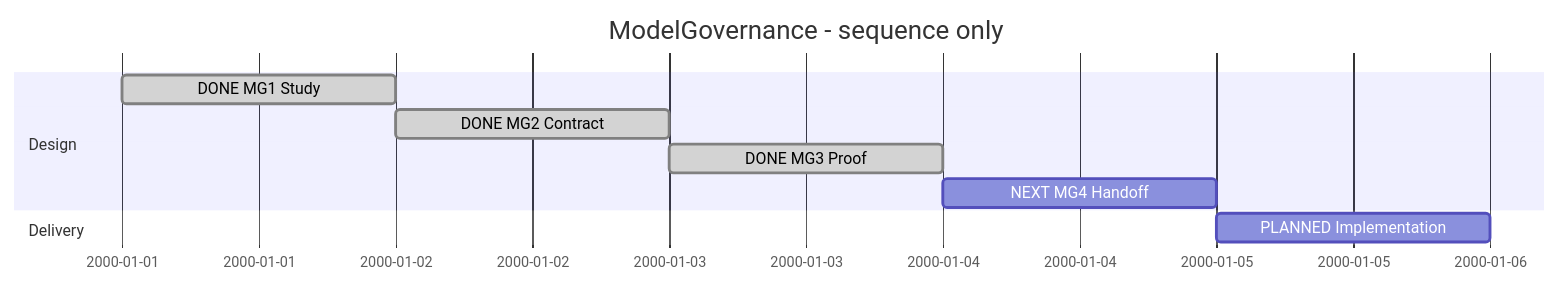
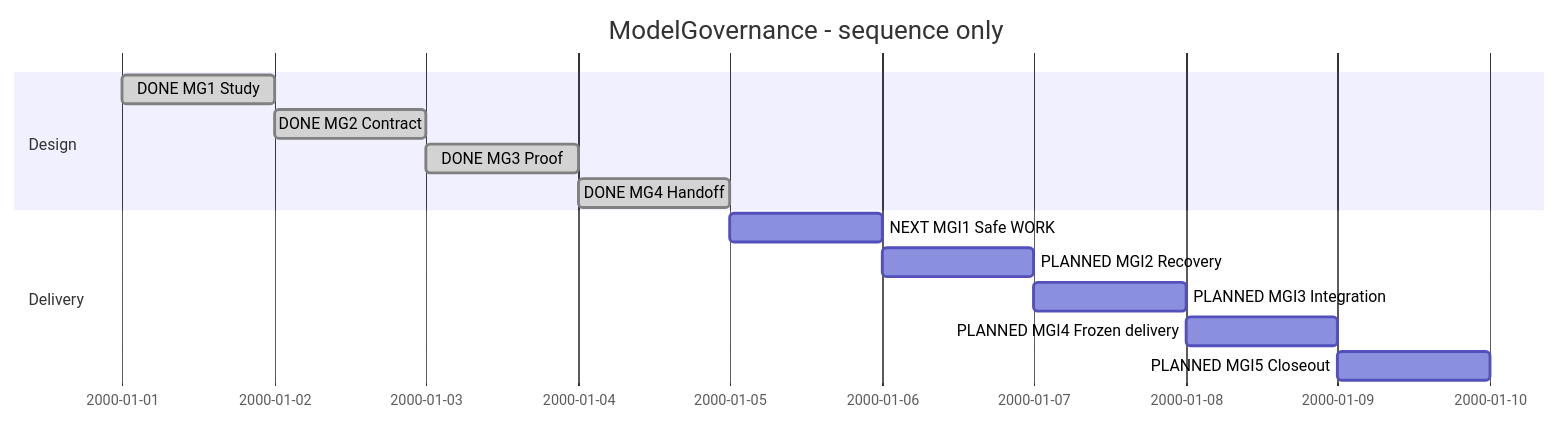
The diagram in SDP/Sessions/session-#0006--Model_governance.md (Hans-Einar/SDP), drawn with Mermaid before and after one commit. The commit also changed other lines of this file and 4 other files, not shown here.

````diff
--- a/SDP/Sessions/session-#0006--Model_governance.md
+++ b/SDP/Sessions/session-#0006--Model_governance.md
@@ -8,12 +8,16 @@
 ```mermaid
 gantt
     title ModelGovernance - sequence only
     dateFormat YYYY-MM-DD
     section Design
     DONE MG1 Study :done,s1,2000-01-01,1d
     DONE MG2 Contract :done,s2,after s1,1d
     DONE MG3 Proof :done,s3,after s2,1d
-    NEXT MG4 Handoff :s4,after s3,1d
+    DONE MG4 Handoff :done,s4,after s3,1d
     section Delivery
-    PLANNED Implementation :s5,after s4,1d
+    NEXT MGI1 Safe WORK :s5,after s4,1d
+    PLANNED MGI2 Recovery :s6,after s5,1d
+    PLANNED MGI3 Integration :s7,after s6,1d
+    PLANNED MGI4 Frozen delivery :s8,after s7,1d
+    PLANNED MGI5 Closeout :s9,after s8,1d
 ```
````
